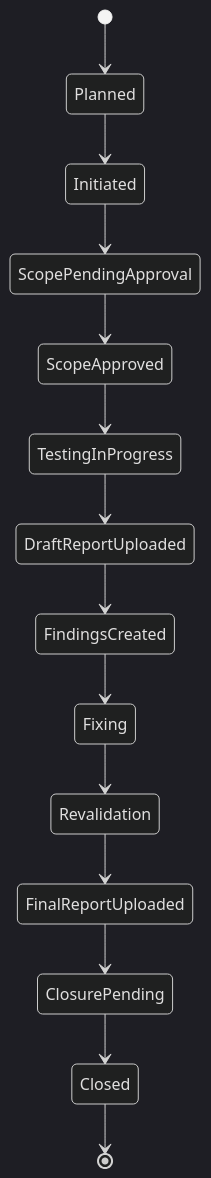
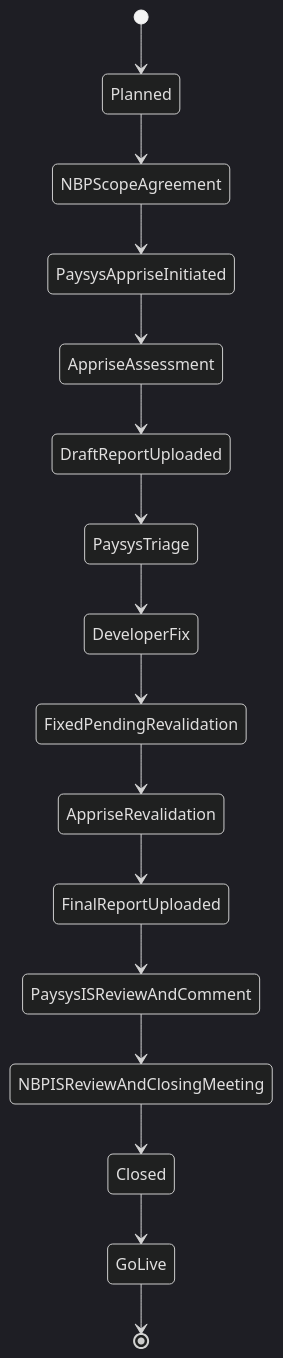
One commit to karimjindani/securetracker changed the fifth of 7 diagrams in docs/architecture.md. Above: the diagram before and after it, drawn with Mermaid (dark theme). The commit also changed other lines of this file and 3 other files, not shown here.

````diff
--- a/docs/architecture.md
+++ b/docs/architecture.md
@@ -615,16 +627,18 @@
 ```mermaid
 stateDiagram-v2
     [*] --> Planned
-    Planned --> Initiated
-    Initiated --> ScopePendingApproval
-    ScopePendingApproval --> ScopeApproved
-    ScopeApproved --> TestingInProgress
-    TestingInProgress --> DraftReportUploaded
-    DraftReportUploaded --> FindingsCreated
-    FindingsCreated --> Fixing
-    Fixing --> Revalidation
-    Revalidation --> FinalReportUploaded
-    FinalReportUploaded --> ClosurePending
-    ClosurePending --> Closed
-    Closed --> [*]
+    Planned --> NBPScopeAgreement
+    NBPScopeAgreement --> PaysysAppriseInitiated
+    PaysysAppriseInitiated --> AppriseAssessment
+    AppriseAssessment --> DraftReportUploaded
+    DraftReportUploaded --> PaysysTriage
+    PaysysTriage --> DeveloperFix
+    DeveloperFix --> FixedPendingRevalidation
+    FixedPendingRevalidation --> AppriseRevalidation
+    AppriseRevalidation --> FinalReportUploaded
+    FinalReportUploaded --> PaysysISReviewAndComment
+    PaysysISReviewAndComment --> NBPISReviewAndClosingMeeting
+    NBPISReviewAndClosingMeeting --> Closed
+    Closed --> GoLive
+    GoLive --> [*]
 ```
````
